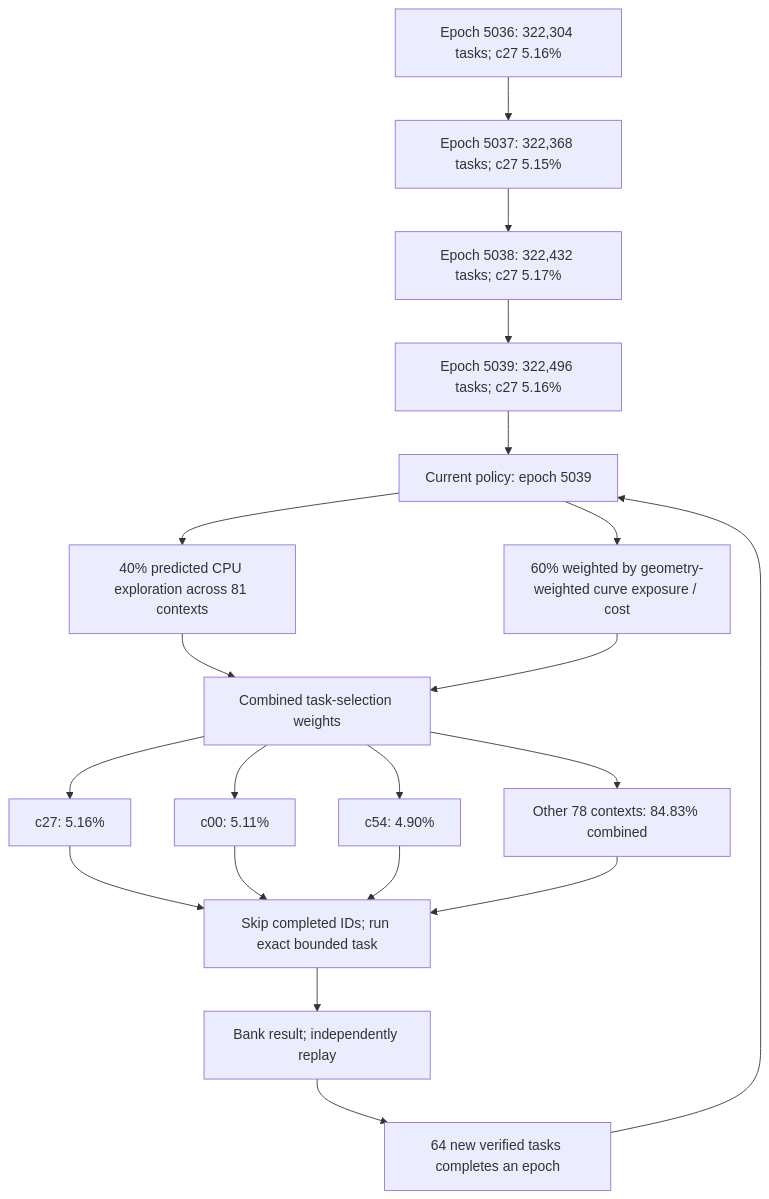
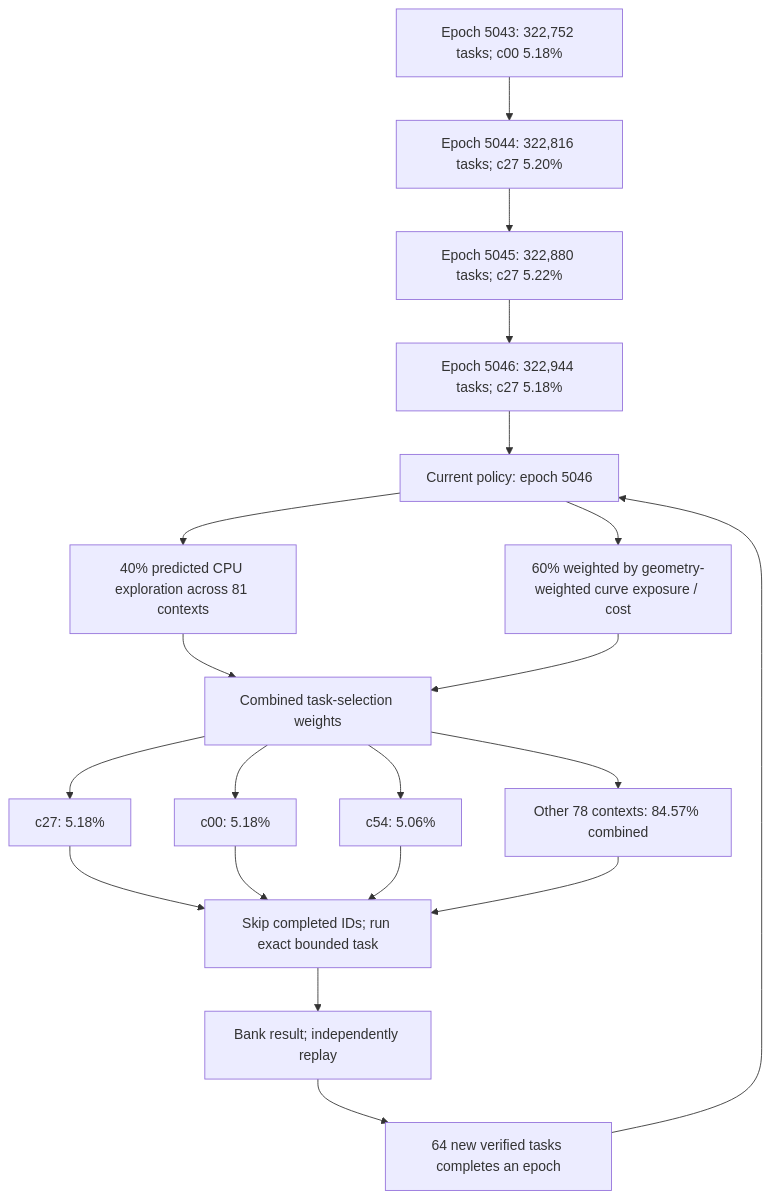
The first of 3 diagrams in README.md (Kuberwastaken/math-gambling), drawn with Mermaid before and after one commit. The commit also changed other lines of this file and 1946 other files, not shown here.

````diff
--- a/README.md
+++ b/README.md
@@ -60,27 +60,27 @@
 ```mermaid
 flowchart TD
-    H0["Epoch 5036: 322,304 tasks; c27 5.16%"]
-    H1["Epoch 5037: 322,368 tasks; c27 5.15%"]
+    H0["Epoch 5043: 322,752 tasks; c00 5.18%"]
+    H1["Epoch 5044: 322,816 tasks; c27 5.20%"]
     H0 --> H1
-    H2["Epoch 5038: 322,432 tasks; c27 5.17%"]
+    H2["Epoch 5045: 322,880 tasks; c27 5.22%"]
     H1 --> H2
-    H3["Epoch 5039: 322,496 tasks; c27 5.16%"]
+    H3["Epoch 5046: 322,944 tasks; c27 5.18%"]
     H2 --> H3
-    Policy["Current policy: epoch 5039"]
+    Policy["Current policy: epoch 5046"]
     H3 --> Policy
     Policy --> Explore["40% predicted CPU exploration across 81 contexts"]
     Policy --> Cost["60% weighted by geometry-weighted curve exposure / cost"]
     Explore --> Mix["Combined task-selection weights"]
     Cost --> Mix
-    Mix --> C0["c27: 5.16%"]
-    Mix --> C1["c00: 5.11%"]
-    Mix --> C2["c54: 4.90%"]
-    Mix --> Rest["Other 78 contexts: 84.83% combined"]
+    Mix --> C0["c27: 5.18%"]
+    Mix --> C1["c00: 5.18%"]
+    Mix --> C2["c54: 5.06%"]
+    Mix --> Rest["Other 78 contexts: 84.57% combined"]
     C0 --> Check["Skip completed IDs; run exact bounded task"]
     C1 --> Check
     C2 --> Check
     Rest --> Check
     Check --> Replay["Bank result; independently replay"]
     Replay --> Gate["64 new verified tasks completes an epoch"]
     Gate --> Policy
 ```
````
